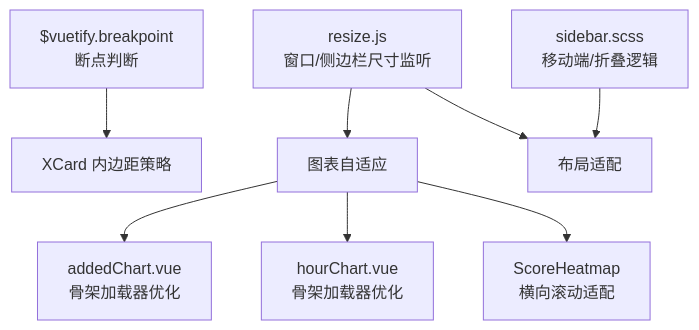
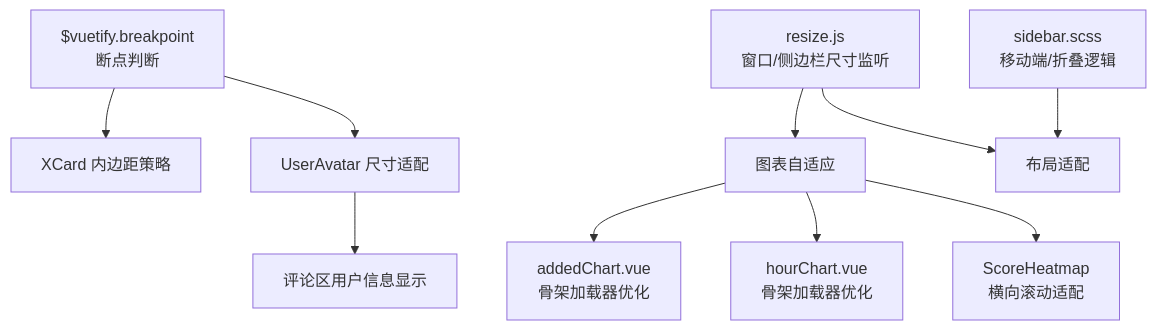
Before and after one commit to TinyMaD/SpeedRunnersLab: diagram 13 of 14 in .qoder/repowiki/zh/content/前端应用/UI 组件库/UI 组件库.md, drawn with Mermaid. The commit also changed other lines of this file and 9 other files, not shown here.

````diff
--- a/.qoder/repowiki/zh/content/前端应用/UI 组件库/UI 组件库.md
+++ b/.qoder/repowiki/zh/content/前端应用/UI 组件库/UI 组件库.md
@@ -423,10 +551,12 @@
 ```mermaid
 flowchart TD
 Breakpoint["$vuetify.breakpoint<br/>断点判断"] --> CardPadding["XCard 内边距策略"]
+Breakpoint --> AvatarSize["UserAvatar 尺寸适配"]
 Resize["resize.js<br/>窗口/侧边栏尺寸监听"] --> Chart["图表自适应"]
 Resize --> Layout["布局适配"]
 Chart --> AddedChart["addedChart.vue<br/>骨架加载器优化"]
 Chart --> HourChart["hourChart.vue<br/>骨架加载器优化"]
 Chart --> Heatmap["ScoreHeatmap<br/>横向滚动适配"]
 Sidebar["sidebar.scss<br/>移动端/折叠逻辑"] --> Layout
+AvatarSize --> CommentSection["评论区用户信息显示"]
 ```
````
